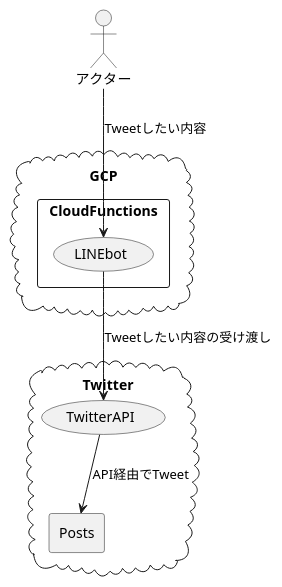
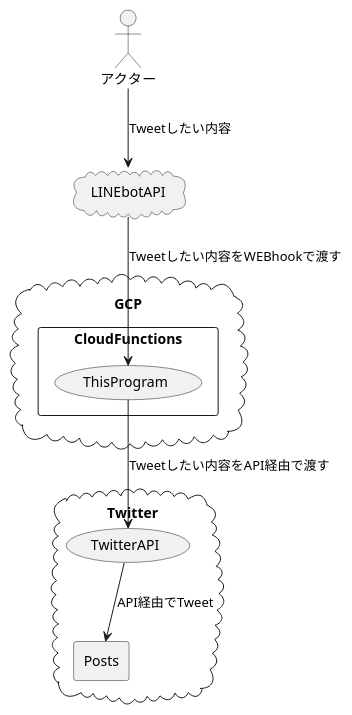
The diagram in Graphics/Diagram1.pu (arima0714/TweetThroughLINE), drawn with PlantUML before and after one commit. The commit also changed 1 other file, not shown here.

Commit message:
構成図を修正した

```diff
--- a/Graphics/Diagram1.pu
+++ b/Graphics/Diagram1.pu
@@ -1,20 +1,23 @@
 @startuml
 
 actor アクター
 
+cloud LINEbotAPI
+
 cloud GCP{
     rectangle CloudFunctions{
-        usecase LINEbot
+        usecase ThisProgram
     }
 }
 
 cloud Twitter{
     usecase TwitterAPI
     rectangle Posts
 }
 
-アクター --> LINEbot :Tweetしたい内容
-LINEbot --> TwitterAPI :Tweetしたい内容の受け渡し
+アクター --> LINEbotAPI :Tweetしたい内容
+LINEbotAPI --> ThisProgram :Tweetしたい内容をWEBhookで渡す
+ThisProgram --> TwitterAPI :Tweetしたい内容をAPI経由で渡す
 TwitterAPI --> Posts :API経由でTweet
 
 @enduml
```
